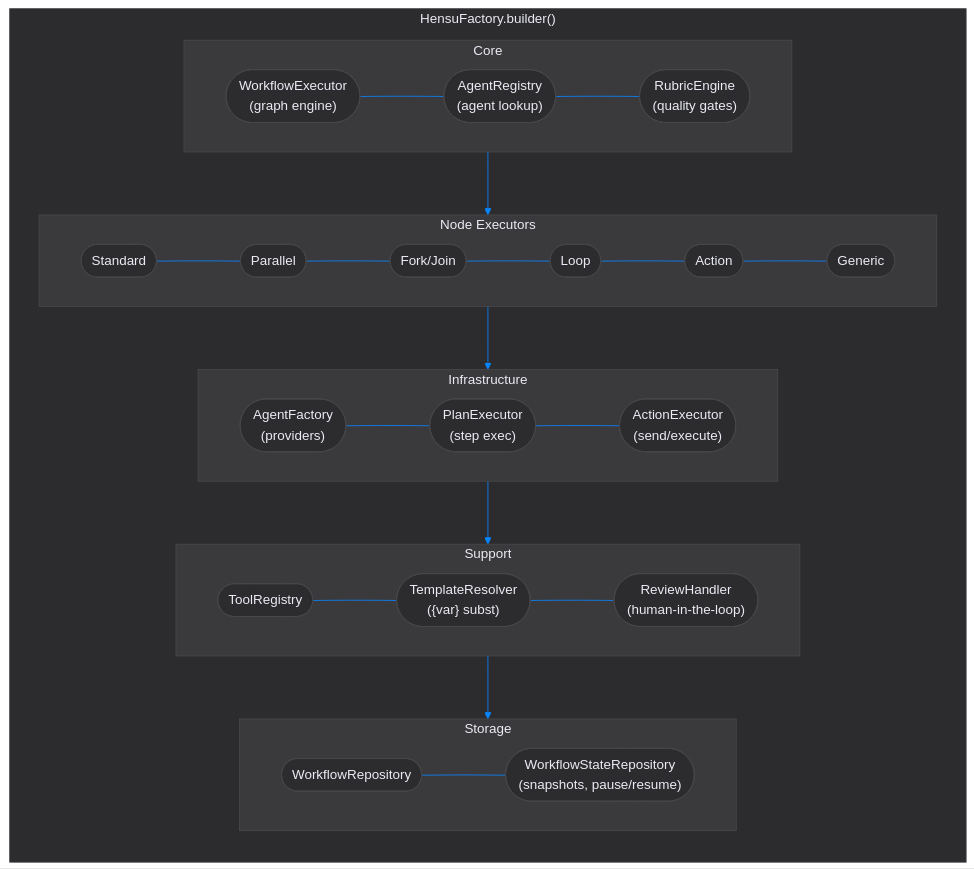
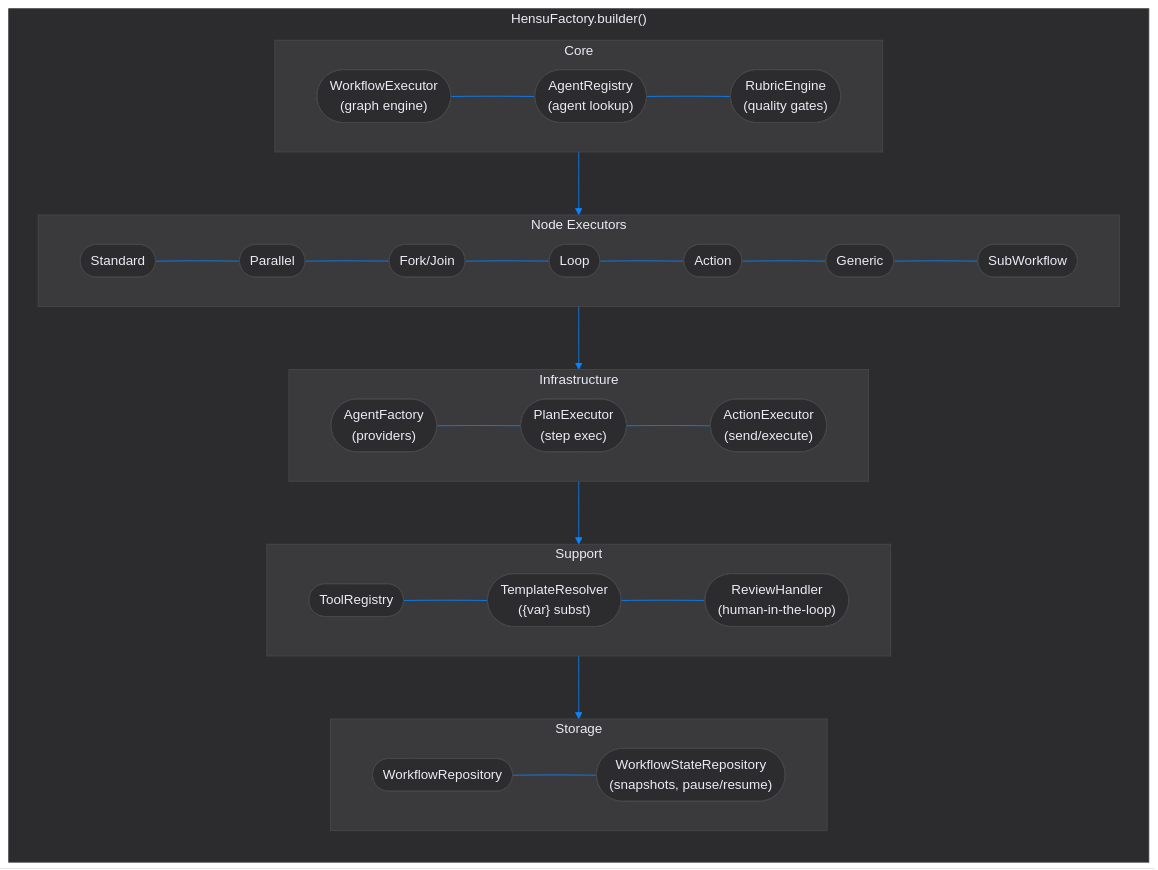
Before and after one commit to hensu-project/hensu: the first of 3 diagrams in hensu-core/README.md, drawn with Mermaid. The commit also changed other lines of this file and 79 other files, not shown here.

First line of the commit message:
feat(sub-workflow): hierarchical workflow composition via SubWorkflowNode (#65)

````diff
--- a/hensu-core/README.md
+++ b/hensu-core/README.md
@@ -24,54 +24,55 @@
 ```mermaid
 flowchart TD
     subgraph factory["HensuFactory.builder()"]
         direction TB
         subgraph top["Core"]
             direction LR
             we(["WorkflowExecutor\n(graph engine)"]) ~~~ ar(["AgentRegistry\n(agent lookup)"]) ~~~ re(["RubricEngine\n(quality gates)"])
         end
         subgraph nodes["Node Executors"]
             direction LR
-            std(["Standard"]) ~~~ par(["Parallel"]) ~~~ fj(["Fork/Join"]) ~~~ loop(["Loop"]) ~~~ act(["Action"]) ~~~ gen(["Generic"])
+            std(["Standard"]) ~~~ par(["Parallel"]) ~~~ fj(["Fork/Join"]) ~~~ loop(["Loop"]) ~~~ act(["Action"]) ~~~ gen(["Generic"]) ~~~ sub(["SubWorkflow"])
         end
         subgraph mid["Infrastructure"]
             direction LR
             af(["AgentFactory\n(providers)"]) ~~~ pe(["PlanExecutor\n(step exec)"]) ~~~ ae(["ActionExecutor\n(send/execute)"])
         end
         subgraph support["Support"]
             direction LR
             tr(["ToolRegistry"]) ~~~ tmpl(["TemplateResolver\n({var} subst)"]) ~~~ rh(["ReviewHandler\n(human-in-the-loop)"])
         end
         subgraph storage["Storage"]
             direction LR
             wr(["WorkflowRepository"]) ~~~ wsr(["WorkflowStateRepository\n(snapshots, pause/resume)"])
         end
         top --> nodes --> mid --> support --> storage
     end
 
     style factory fill:#2c2c2e, stroke:#3a3a3c, color:#ebebf5, stroke-width:1px
     style top fill:#3a3a3c, stroke:#48484a, color:#ebebf5, stroke-width:1px
     style nodes fill:#3a3a3c, stroke:#48484a, color:#ebebf5, stroke-width:1px
     style mid fill:#3a3a3c, stroke:#48484a, color:#ebebf5, stroke-width:1px
     style support fill:#3a3a3c, stroke:#48484a, color:#ebebf5, stroke-width:1px
     style storage fill:#3a3a3c, stroke:#48484a, color:#ebebf5, stroke-width:1px
 
     style we fill:#2c2c2e, stroke:#48484a, color:#ebebf5, stroke-width:1px
     style ar fill:#2c2c2e, stroke:#48484a, color:#ebebf5, stroke-width:1px
     style re fill:#2c2c2e, stroke:#48484a, color:#ebebf5, stroke-width:1px
     style std fill:#2c2c2e, stroke:#48484a, color:#ebebf5, stroke-width:1px
     style par fill:#2c2c2e, stroke:#48484a, color:#ebebf5, stroke-width:1px
     style fj fill:#2c2c2e, stroke:#48484a, color:#ebebf5, stroke-width:1px
     style loop fill:#2c2c2e, stroke:#48484a, color:#ebebf5, stroke-width:1px
     style act fill:#2c2c2e, stroke:#48484a, color:#ebebf5, stroke-width:1px
     style gen fill:#2c2c2e, stroke:#48484a, color:#ebebf5, stroke-width:1px
+    style sub fill:#2c2c2e, stroke:#48484a, color:#ebebf5, stroke-width:1px
     style af fill:#2c2c2e, stroke:#48484a, color:#ebebf5, stroke-width:1px
     style pe fill:#2c2c2e, stroke:#48484a, color:#ebebf5, stroke-width:1px
     style ae fill:#2c2c2e, stroke:#48484a, color:#ebebf5, stroke-width:1px
     style tr fill:#2c2c2e, stroke:#48484a, color:#ebebf5, stroke-width:1px
     style tmpl fill:#2c2c2e, stroke:#48484a, color:#ebebf5, stroke-width:1px
     style rh fill:#2c2c2e, stroke:#48484a, color:#ebebf5, stroke-width:1px
     style wr fill:#2c2c2e, stroke:#48484a, color:#ebebf5, stroke-width:1px
     style wsr fill:#2c2c2e, stroke:#48484a, color:#ebebf5, stroke-width:1px
 
     linkStyle default stroke:#0A84FF, stroke-width:1px
 ```
````
